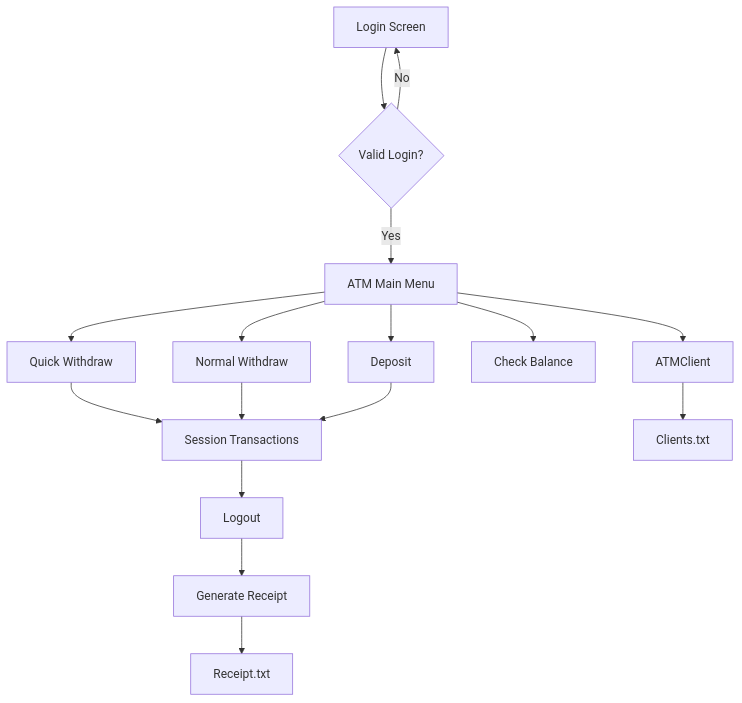
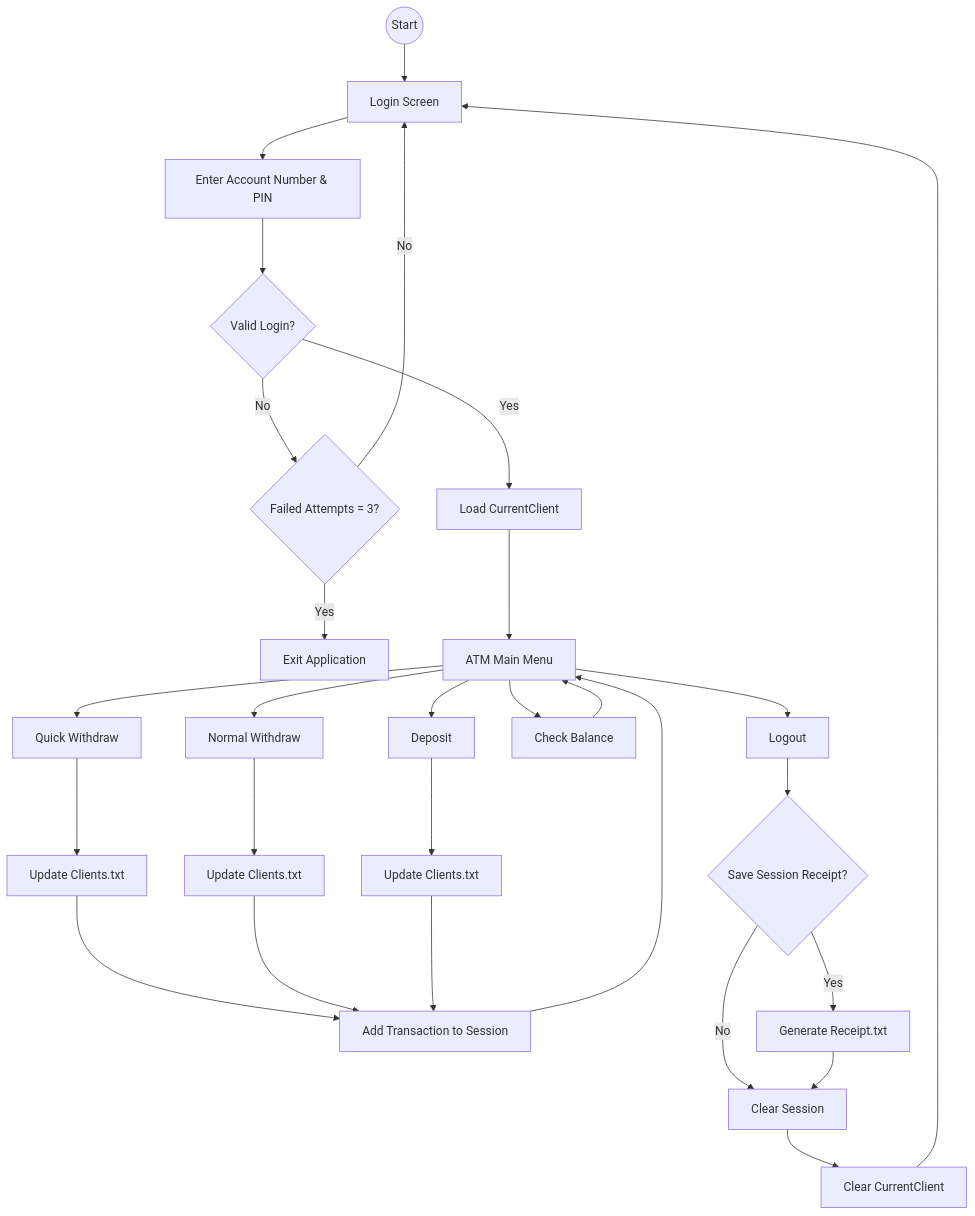
One commit to youness-chregui-amin/E-ATMSystem changed the first of 5 diagrams in README.md. Above: the diagram before and after it, drawn with Mermaid. The commit also changed other lines of this file, not shown here.

````diff
--- a/README.md
+++ b/README.md
@@ -193,27 +132,39 @@
 ```mermaid
 flowchart TD
+    Start((Start)) --> Login["Login Screen"]
 
-    Login["Login Screen"] --> Auth{"Valid Login?"}
+    Login --> Input["Enter Account Number & PIN"]
+    Input --> Auth{"Valid Login?"}
 
-    Auth -- No --> Login
-    Auth -- Yes --> Main["ATM Main Menu"]
+    Auth -- "No" --> Attempts{"Failed Attempts = 3?"}
+    Attempts -- "No" --> Login
+    Attempts -- "Yes" --> Exit["Exit Application"]
 
-    Main --> Quick["Quick Withdraw"]
-    Main --> Normal["Normal Withdraw"]
-    Main --> Deposit["Deposit"]
-    Main --> Balance["Check Balance"]
+    Auth -- "Yes" --> CurrentClient["Load CurrentClient"]
+    CurrentClient --> Main["ATM Main Menu"]
 
-    Quick --> Session["Session Transactions"]
-    Normal --> Session
-    Deposit --> Session
+    Main --> QW["Quick Withdraw"]
+    Main --> NW["Normal Withdraw"]
+    Main --> DP["Deposit"]
+    Main --> CB["Check Balance"]
+    Main --> LO["Logout"]
 
-    Session --> Logout["Logout"]
+    QW --> Save1["Update Clients.txt"]
+    NW --> Save2["Update Clients.txt"]
+    DP --> Save3["Update Clients.txt"]
 
-    Logout --> Receipt["Generate Receipt"]
+    Save1 --> Session["Add Transaction to Session"]
+    Save2 --> Session
+    Save3 --> Session
 
-    Receipt --> File["Receipt.txt"]
+    CB --> Main
+    Session --> Main
 
-    Main --> Client["ATMClient"]
+    LO --> ReceiptChoice{"Save Session Receipt?"}
+    ReceiptChoice -- "Yes" --> Receipt["Generate Receipt.txt"]
+    ReceiptChoice -- "No" --> Clear["Clear Session"]
 
-    Client --> Clients["Clients.txt"]
+    Receipt --> Clear
+    Clear --> Reset["Clear CurrentClient"]
+    Reset --> Login
 ```
````
